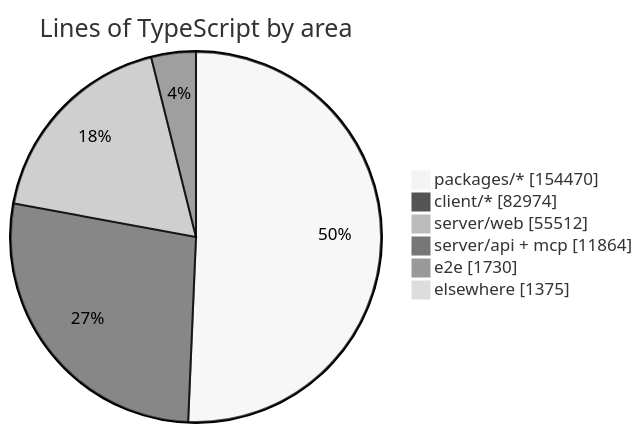
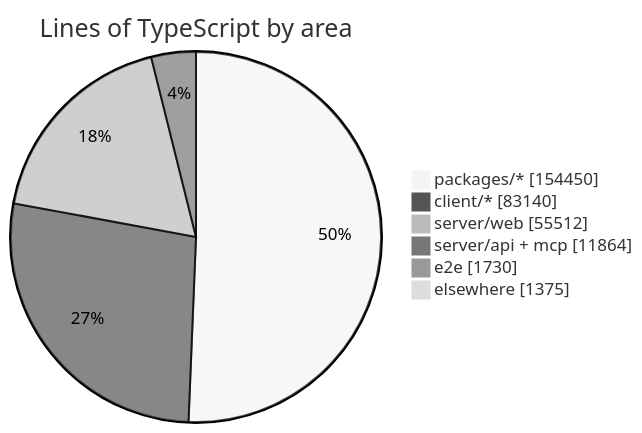
Before and after one commit to crossworks-engineering/mantle: the diagram in README.md, drawn with Mermaid (neutral theme). The commit also changed other lines of this file and 4 other files, not shown here.

````diff
--- a/README.md
+++ b/README.md
@@ -279,9 +279,9 @@
 ```mermaid
 pie showData title Lines of TypeScript by area
-    "packages/*" : 154470
-    "client/*" : 82974
+    "packages/*" : 154450
+    "client/*" : 83140
     "server/web" : 55512
     "server/api + mcp" : 11864
     "e2e" : 1730
     "elsewhere" : 1375
 ```
````
